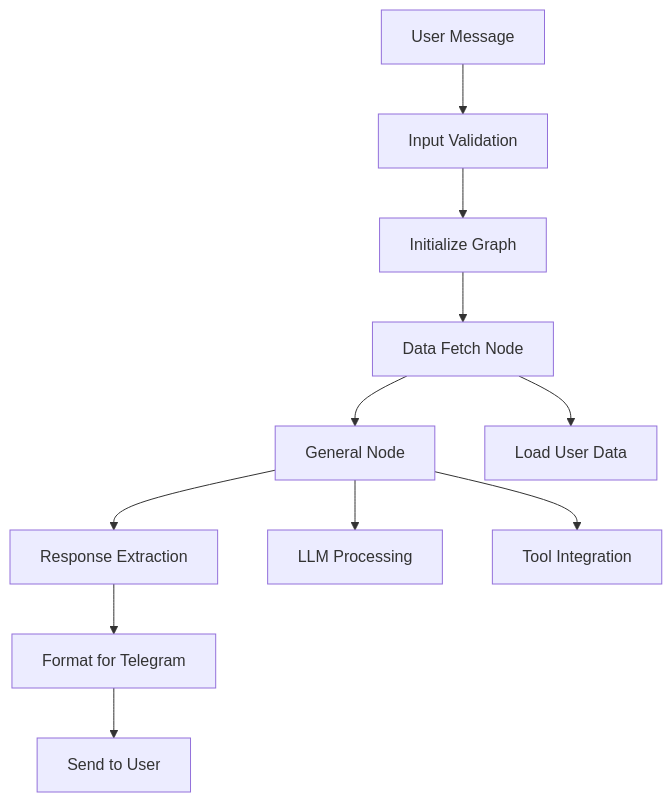
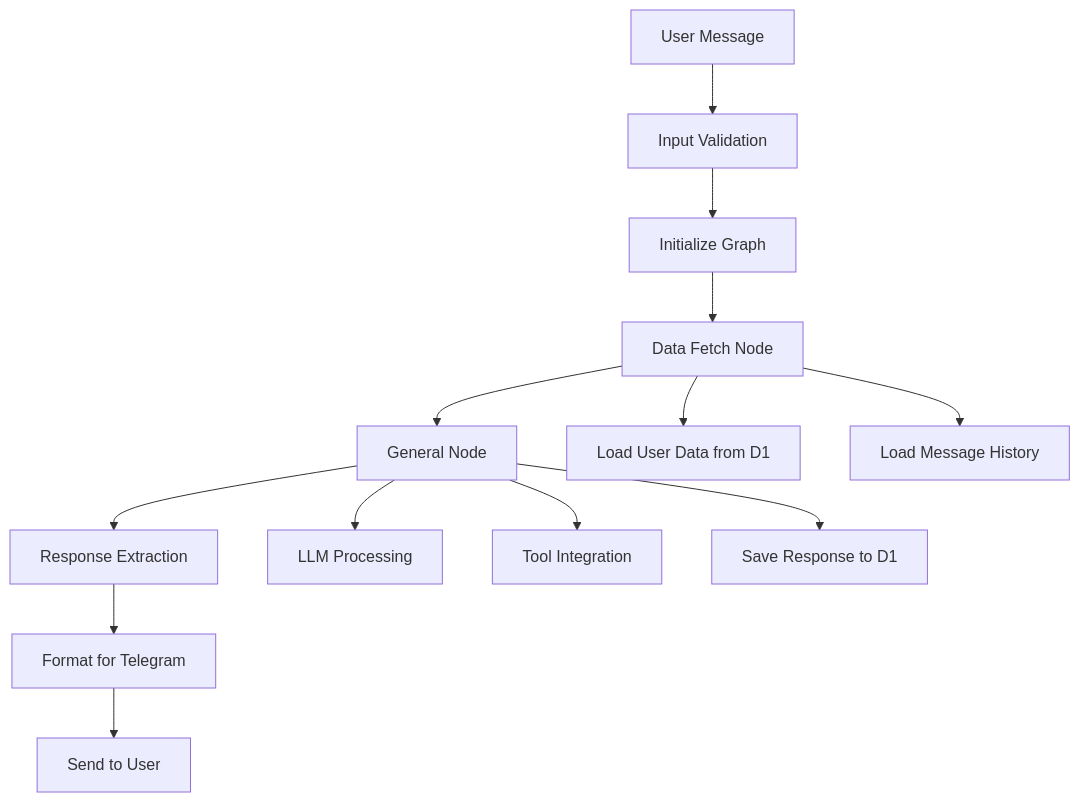
Before and after one commit to posaune0423/hono-langgraph-tgbot: the diagram in docs/agents-architecture.md, drawn with Mermaid. The commit also changed other lines of this file and 42 other files, not shown here.

````diff
--- a/docs/agents-architecture.md
+++ b/docs/agents-architecture.md
@@ -186,14 +214,16 @@
 ```mermaid
 graph TD
     A[User Message] --> B[Input Validation]
     B --> C[Initialize Graph]
     C --> D[Data Fetch Node]
     D --> E[General Node]
     E --> F[Response Extraction]
     F --> G[Format for Telegram]
     G --> H[Send to User]
     
-    D --> I[Load User Data]
-    E --> J[LLM Processing]
-    E --> K[Tool Integration]
+    D --> I[Load User Data from D1]
+    D --> J[Load Message History]
+    E --> K[LLM Processing]
+    E --> L[Tool Integration]
+    E --> M[Save Response to D1]
 ```
````
